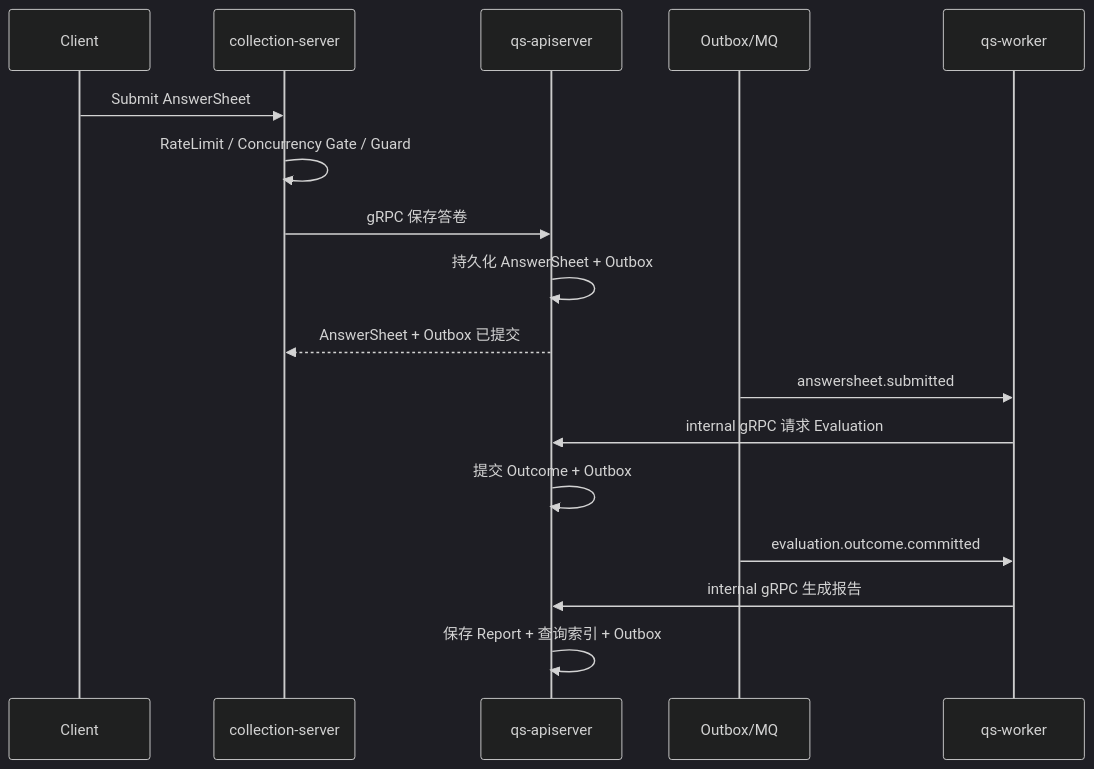
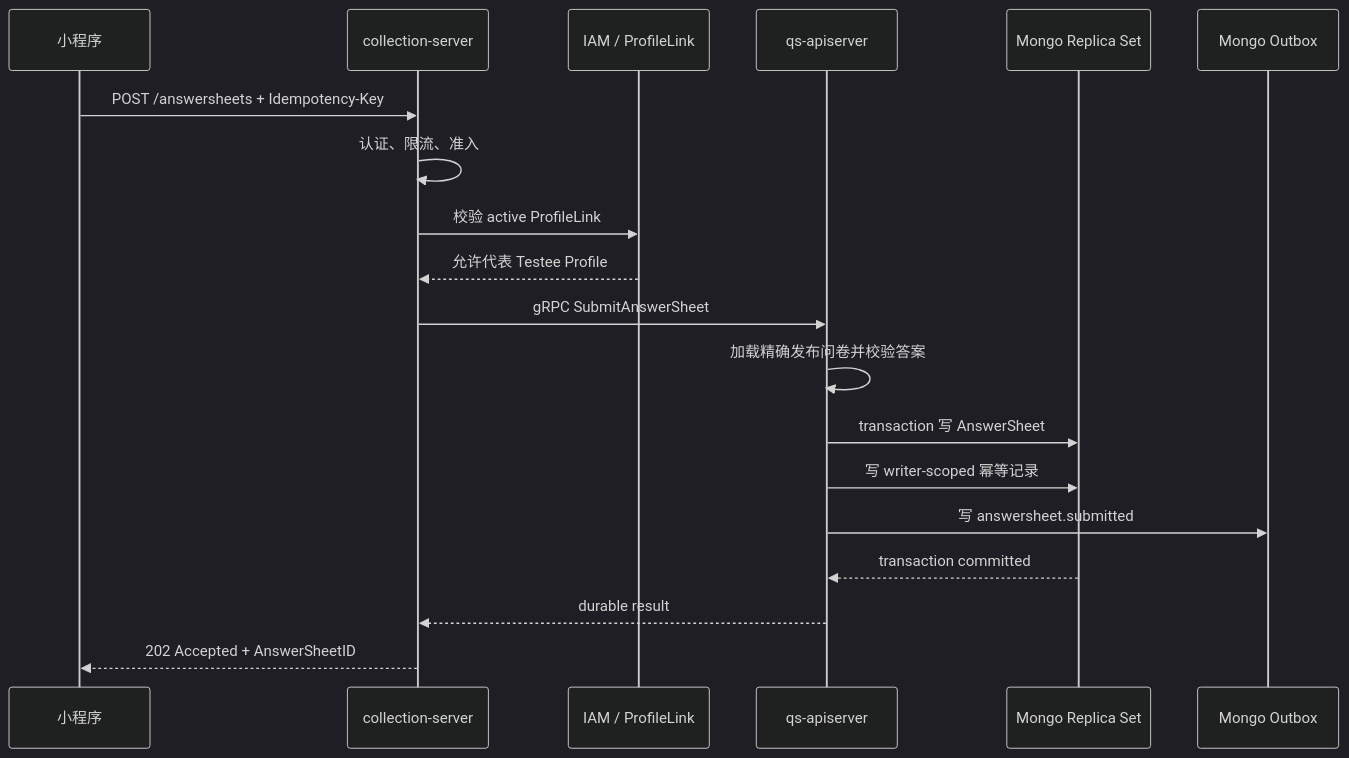
The fifth of 10 diagrams in docs/00-总览/05-核心业务链路.md (FangcunMount/qs-server), drawn with Mermaid (dark theme) before and after one commit. The commit also changed other lines of this file and 2 other files, not shown here.

````diff
--- a/docs/00-总览/05-核心业务链路.md
+++ b/docs/00-总览/05-核心业务链路.md
@@ -18,20 +334,22 @@
 ```mermaid
 sequenceDiagram
-    participant C as Client
-    participant B as collection-server
-    participant A as qs-apiserver
-    participant O as Outbox/MQ
-    participant W as qs-worker
+    participant Client as 小程序
+    participant Collection as collection-server
+    participant IAM as IAM / ProfileLink
+    participant API as qs-apiserver
+    participant Mongo as Mongo Replica Set
+    participant Outbox as Mongo Outbox
 
-    C->>B: Submit AnswerSheet
-    B->>B: RateLimit / Concurrency Gate / Guard
-    B->>A: gRPC 保存答卷
-    A->>A: 持久化 AnswerSheet + Outbox
-    A-->>B: AnswerSheet + Outbox 已提交
-    O->>W: answersheet.submitted
-    W->>A: internal gRPC 请求 Evaluation
-    A->>A: 提交 Outcome + Outbox
-    O->>W: evaluation.outcome.committed
-    W->>A: internal gRPC 生成报告
-    A->>A: 保存 Report + 查询索引 + Outbox
+    Client->>Collection: POST /answersheets + Idempotency-Key
+    Collection->>Collection: 认证、限流、准入
+    Collection->>IAM: 校验 active ProfileLink
+    IAM-->>Collection: 允许代表 Testee Profile
+    Collection->>API: gRPC SubmitAnswerSheet
+    API->>API: 加载精确发布问卷并校验答案
+    API->>Mongo: transaction 写 AnswerSheet
+    API->>Mongo: 写 writer-scoped 幂等记录
+    API->>Outbox: 写 answersheet.submitted
+    Mongo-->>API: transaction committed
+    API-->>Collection: durable result
+    Collection-->>Client: 202 Accepted + AnswerSheetID
 ```
````
